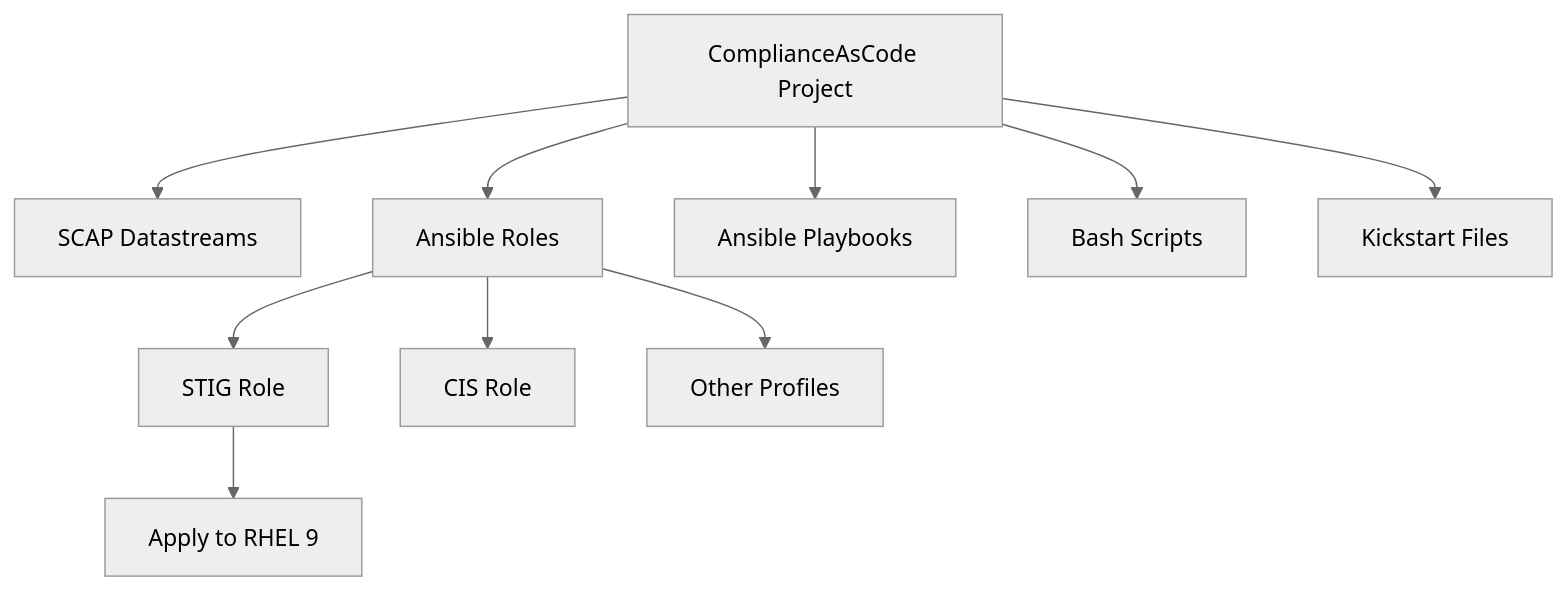
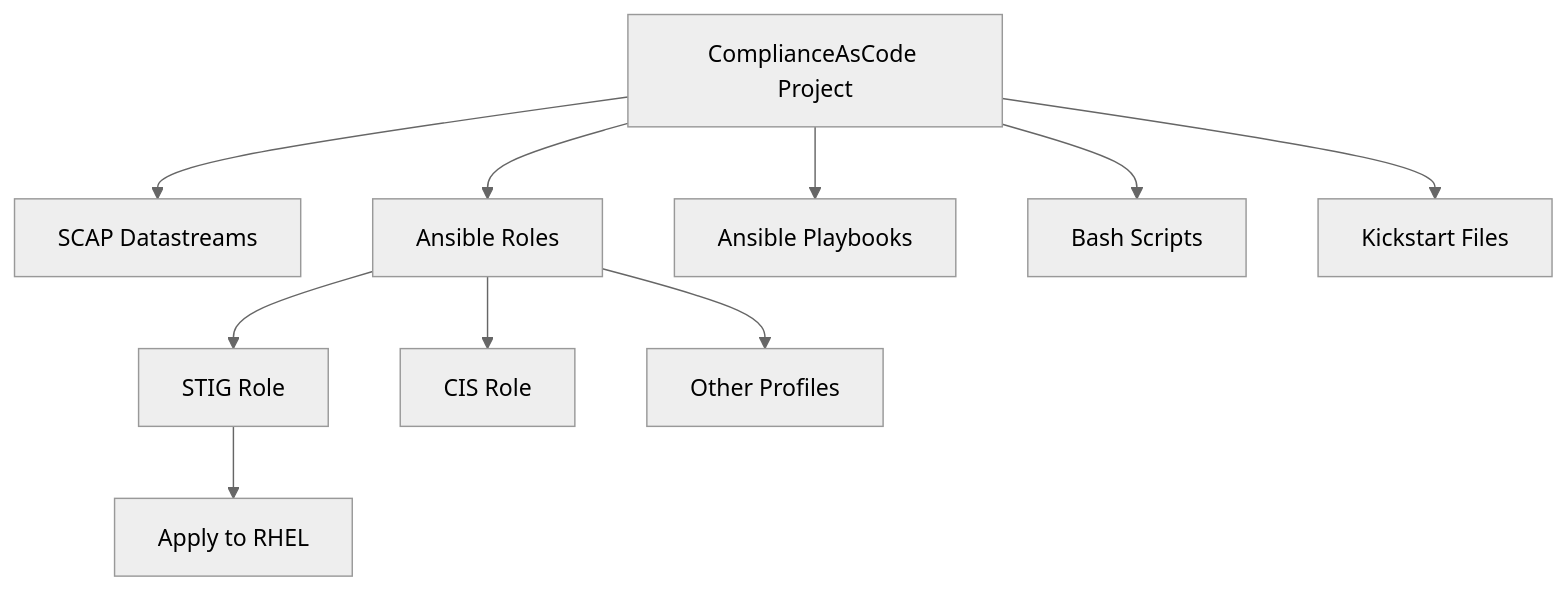
One commit to OneUptime/blog changed the diagram in posts/2026-03-04-rhel-9-stig-ansible-role-complianceascode/README.md. Above: the diagram before and after it, drawn with Mermaid (neutral theme). The commit also changed other lines of this file and 4866 other files, not shown here.

````diff
--- a/posts/2026-03-04-rhel-9-stig-ansible-role-complianceascode/README.md
+++ b/posts/2026-03-04-rhel-9-stig-ansible-role-complianceascode/README.md
@@ -17,12 +17,12 @@
 ```mermaid
 flowchart TD
     A[ComplianceAsCode Project] --> B[SCAP Datastreams]
     A --> C[Ansible Roles]
     A --> D[Ansible Playbooks]
     A --> E[Bash Scripts]
     A --> F[Kickstart Files]
     C --> G[STIG Role]
     C --> H[CIS Role]
     C --> I[Other Profiles]
-    G --> J[Apply to RHEL 9]
+    G --> J[Apply to RHEL]
 ```
````
